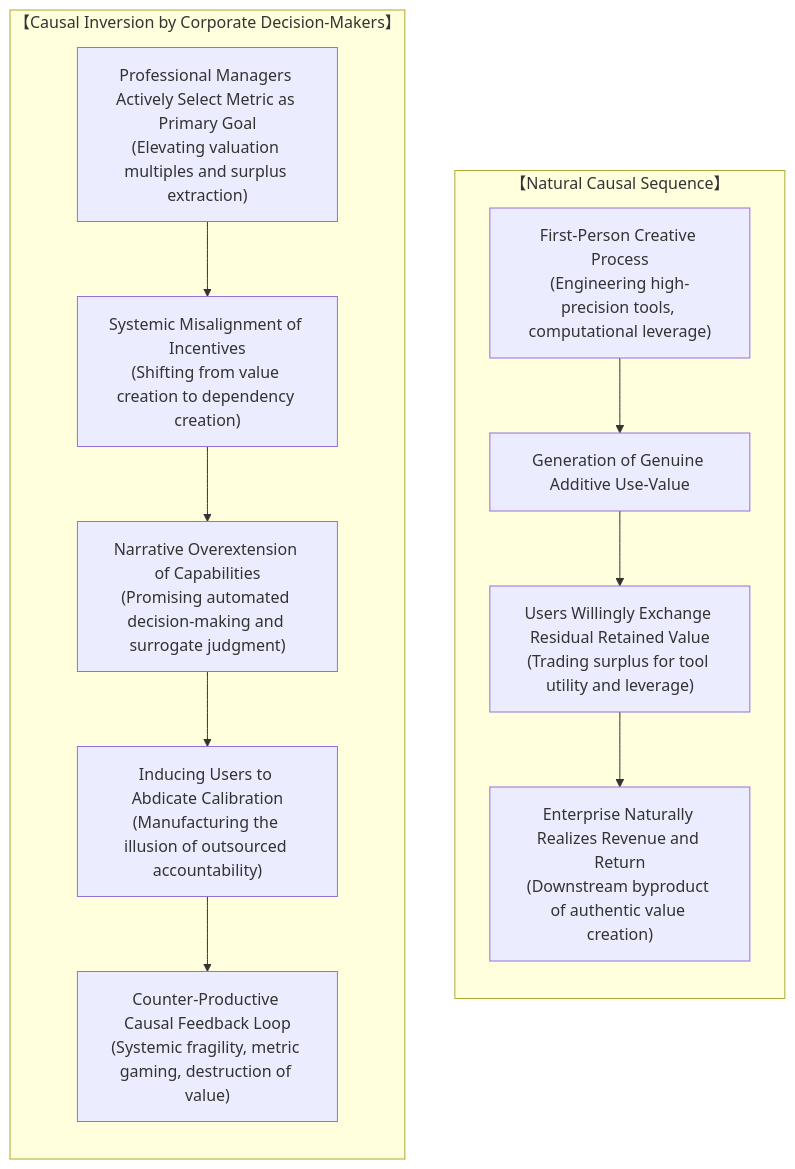
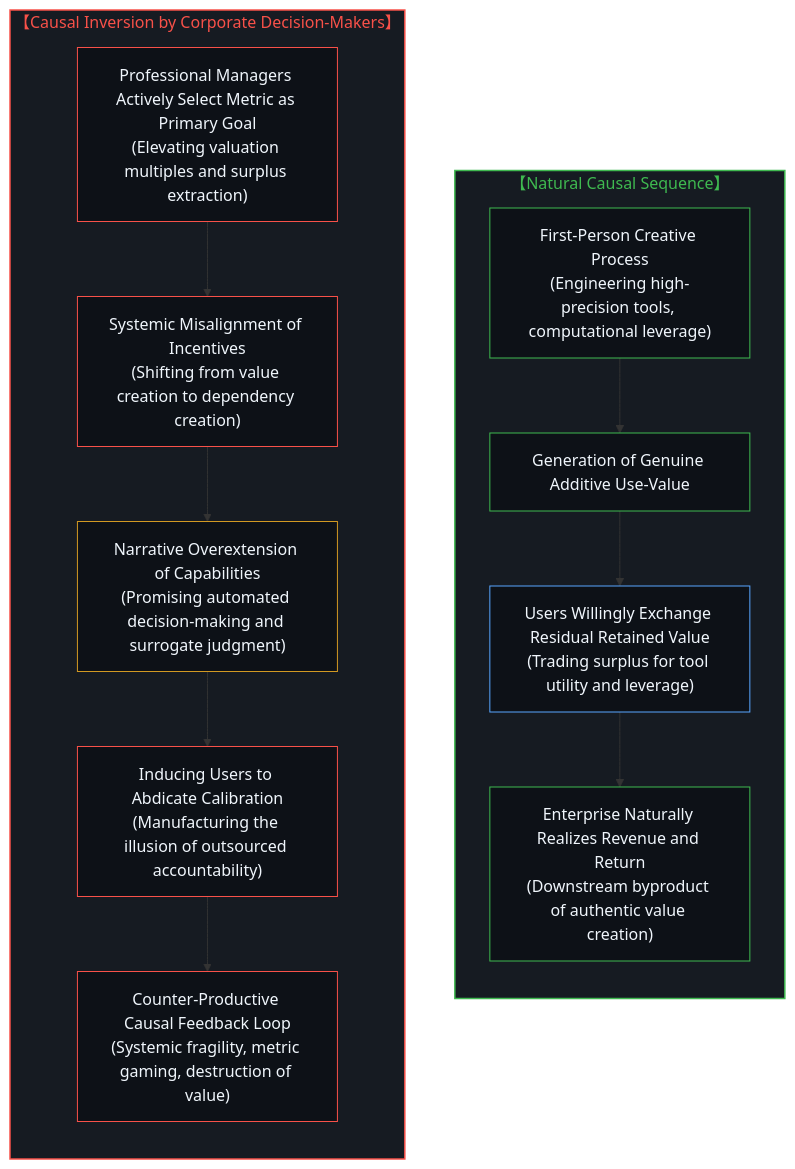
Before and after one commit to powerpig99/not-a-toe: the sixth of 12 diagrams in content/posts/the-delegation-of-the-task-and-the-inalienability-of-consequences.md, drawn with Mermaid. The commit also changed other lines of this file and 4 other files, not shown here.

Commit message:
Align Post 328 diagrams with historical dark theme, purge physical will inversion, and archive specifications

````diff
--- a/content/posts/the-delegation-of-the-task-and-the-inalienability-of-consequences.md
+++ b/content/posts/the-delegation-of-the-task-and-the-inalienability-of-consequences.md
@@ -145,17 +185,29 @@
 ```mermaid
 graph TD
     subgraph Natural_Causal_Order_EN["【Natural Causal Sequence】"]
         direction TB
         V1_EN["First-Person Creative Process<br/>(Engineering high-precision tools, computational leverage)"] --> V2_EN["Generation of Genuine Additive Use-Value"]
         V2_EN --> V3_EN["Users Willingly Exchange Residual Retained Value<br/>(Trading surplus for tool utility and leverage)"]
         V3_EN --> V4_EN["Enterprise Naturally Realizes Revenue and Return<br/>(Downstream byproduct of authentic value creation)"]
     end
 
     subgraph Inverted_Causal_Order_EN["【Causal Inversion by Corporate Decision-Makers】"]
         direction TB
         I1_EN["Professional Managers Actively Select Metric as Primary Goal<br/>(Elevating valuation multiples and surplus extraction)"] --> I2_EN["Systemic Misalignment of Incentives<br/>(Shifting from value creation to dependency creation)"]
         I2_EN --> I3_EN["Narrative Overextension of Capabilities<br/>(Promising automated decision-making and surrogate judgment)"]
         I3_EN --> I4_EN["Inducing Users to Abdicate Calibration<br/>(Manufacturing the illusion of outsourced accountability)"]
         I4_EN --> I5_EN["Counter-Productive Causal Feedback Loop<br/>(Systemic fragility, metric gaming, destruction of value)"]
     end
+
+    style Natural_Causal_Order_EN fill:#161b22,stroke:#3fb950,stroke-width:1.5px,color:#3fb950
+    style Inverted_Causal_Order_EN fill:#161b22,stroke:#f85149,stroke-width:1.5px,color:#f85149
+    style V1_EN fill:#0d1117,stroke:#3fb950,stroke-width:1px,color:#f0f6fc
+    style V2_EN fill:#0d1117,stroke:#3fb950,stroke-width:1px,color:#f0f6fc
+    style V3_EN fill:#0d1117,stroke:#58a6ff,stroke-width:1px,color:#f0f6fc
+    style V4_EN fill:#0d1117,stroke:#3fb950,stroke-width:1px,color:#f0f6fc
+    style I1_EN fill:#0d1117,stroke:#f85149,stroke-width:1px,color:#f0f6fc
+    style I2_EN fill:#0d1117,stroke:#f85149,stroke-width:1px,color:#f0f6fc
+    style I3_EN fill:#0d1117,stroke:#d29922,stroke-width:1px,color:#f0f6fc
+    style I4_EN fill:#0d1117,stroke:#f85149,stroke-width:1px,color:#f0f6fc
+    style I5_EN fill:#0d1117,stroke:#f85149,stroke-width:1px,color:#f0f6fc
 ```
````
